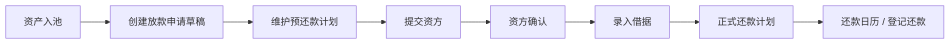
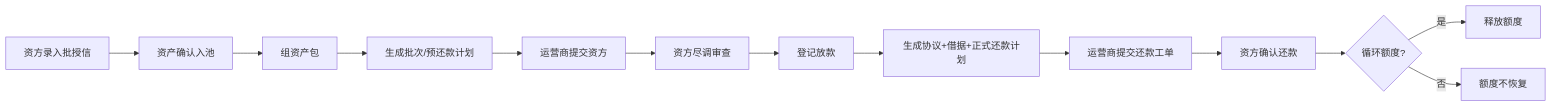
Before and after one commit to liudali/rider-swap-operator-prototype: the diagram in docs/documentation/md/融资管理-PRD.md, drawn with Mermaid. The commit also changed other lines of this file and 60 other files, not shown here.

````diff
--- a/docs/documentation/md/融资管理-PRD.md
+++ b/docs/documentation/md/融资管理-PRD.md
@@ -122,10 +124,15 @@
 ```mermaid
 flowchart LR
-  A[资产入池] --> B[创建放款申请草稿]
-  B --> C[维护预还款计划]
-  C --> D[提交资方]
-  D --> E[资方确认]
-  E --> F[录入借据]
-  F --> G[正式还款计划]
-  G --> H[还款日历 / 登记还款]
+  A[资方录入批授信] --> B[资产确认入池]
+  B --> C[组资产包]
+  C --> D[生成批次/预还款计划]
+  D --> E[运营商提交资方]
+  E --> F[资方尽调审查]
+  F --> G[登记放款]
+  G --> H[生成协议+借据+正式还款计划]
+  H --> I[运营商提交还款工单]
+  I --> J[资方确认还款]
+  J --> K{循环额度?}
+  K -->|是| L[释放额度]
+  K -->|否| M[额度不恢复]
 ```
````
